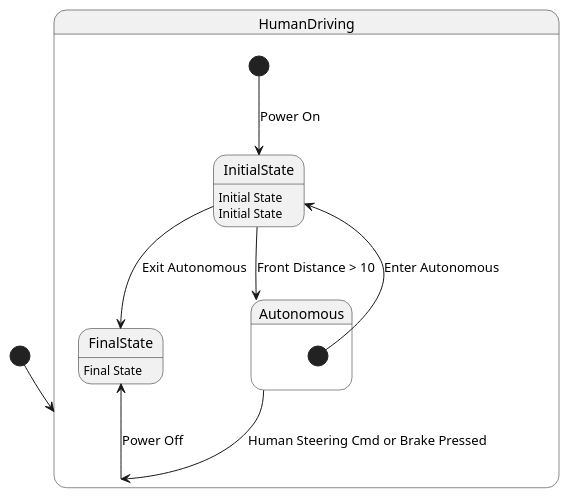
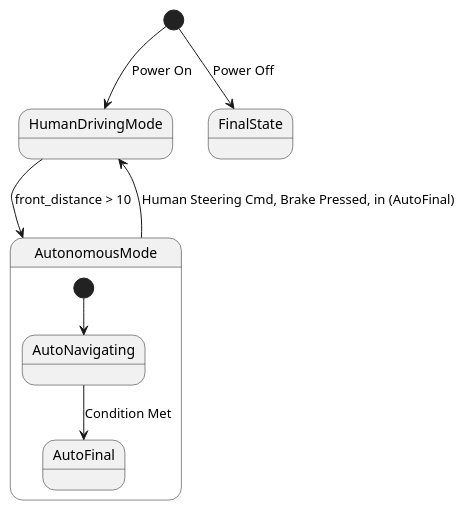
Before and after one commit to HansBug/research_ideas: the diagram in project_1_llm_state_machine_modeling/paper_stm_repair/pipeline/representation/reports/llms_emp_r45_java_60/pairs/0000/README.md, drawn with PlantUML. The commit also changed other lines of this file and 622 other files, not shown here.

First line of the commit message:
fix(paper1): 切换Phase-II最终池并重建PlantUML转换证据

````diff
--- a/project_1_llm_state_machine_modeling/paper_stm_repair/pipeline/representation/reports/llms_emp_r45_java_60/pairs/0000/README.md
+++ b/project_1_llm_state_machine_modeling/paper_stm_repair/pipeline/representation/reports/llms_emp_r45_java_60/pairs/0000/README.md
@@ -25,20 +74,17 @@
 ```plantuml
 @startuml
-[*] --> HumanDriving
+[*] --> HumanDrivingMode : Power On
 
-state HumanDriving {
-    [*] --> InitialState : Power On
-    InitialState : Initial State
-    InitialState --> Autonomous : Front Distance > 10
-    Autonomous --> HumanDriving : Human Steering Cmd or Brake Pressed
-    HumanDriving --> FinalState : Power Off
-    FinalState : Final State
+state HumanDrivingMode {
 }
 
-state Autonomous {
-    [*] --> InitialState : Enter Autonomous
-    InitialState : Initial State
-    InitialState --> FinalState : Exit Autonomous
+state AutonomousMode {
+  [*] --> AutoNavigating
+  AutoNavigating --> AutoFinal : Condition Met
 }
+
+HumanDrivingMode --> AutonomousMode : front_distance > 10
+AutonomousMode --> HumanDrivingMode : Human Steering Cmd, Brake Pressed, in (AutoFinal)
+[*] --> FinalState : Power Off
 @enduml
 ```
````
